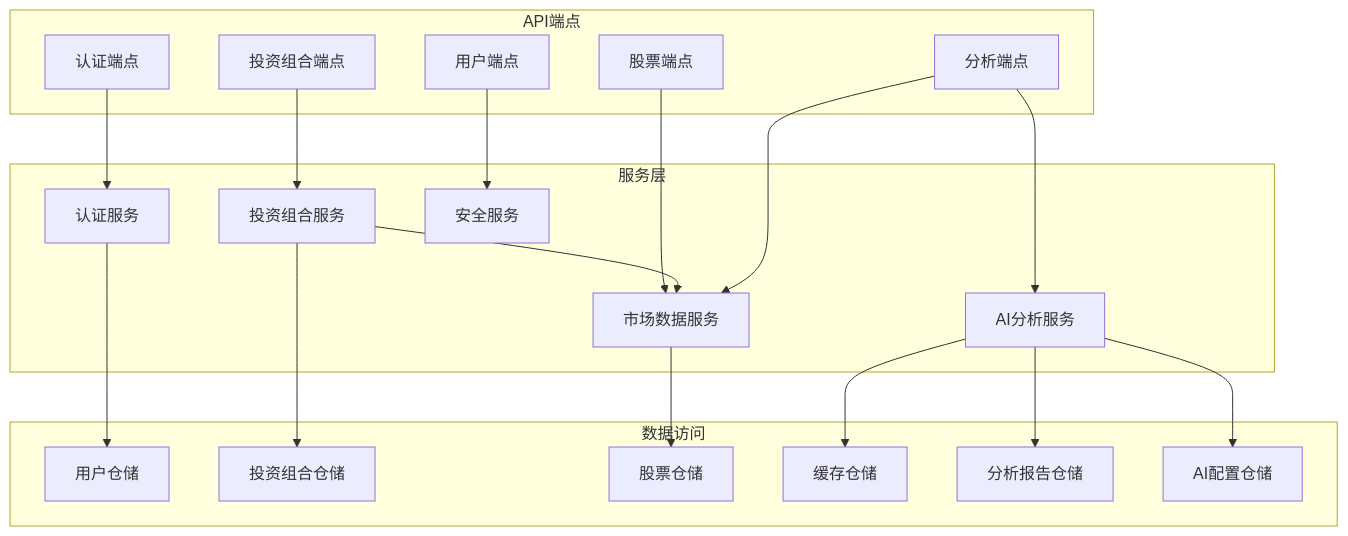
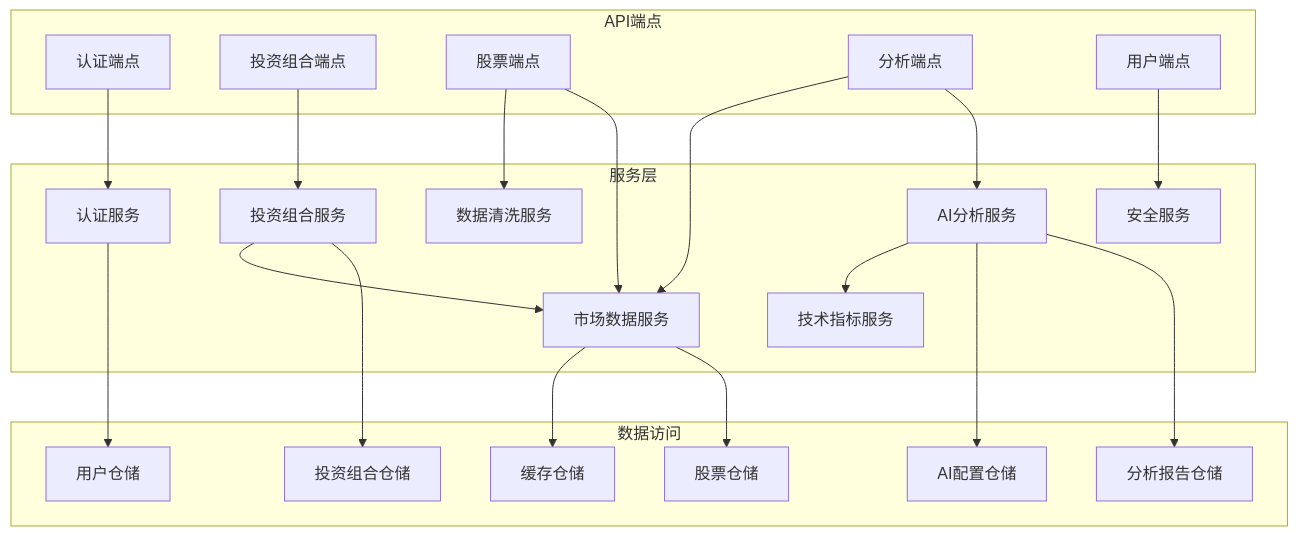
The eighth of 8 diagrams in .qoder/repowiki/zh/content/后端开发指南/API开发规范/V1 API端点架构.md (breeze-lyf/ai-stock-advisor), drawn with Mermaid before and after one commit. The commit also changed other lines of this file and 10 other files, not shown here.

````diff
--- a/.qoder/repowiki/zh/content/后端开发指南/API开发规范/V1 API端点架构.md
+++ b/.qoder/repowiki/zh/content/后端开发指南/API开发规范/V1 API端点架构.md
@@ -465,38 +489,42 @@
 ```mermaid
 graph TB
 subgraph "API端点"
 AuthEndpoint[认证端点]
 PortfolioEndpoint[投资组合端点]
 StockEndpoint[股票端点]
 AnalysisEndpoint[分析端点]
 UserEndpoint[用户端点]
 end
 subgraph "服务层"
 AuthService[认证服务]
 PortfolioService[投资组合服务]
 MarketDataService[市场数据服务]
 AIService[AI分析服务]
 SecurityService[安全服务]
+IndicatorsService[技术指标服务]
+SanitizationService[数据清洗服务]
 end
 subgraph "数据访问"
 UserRepository[用户仓储]
 PortfolioRepository[投资组合仓储]
 StockRepository[股票仓储]
 CacheRepository[缓存仓储]
 AnalysisRepository[分析报告仓储]
 AIConfigRepository[AI配置仓储]
 end
 AuthEndpoint --> AuthService
 PortfolioEndpoint --> PortfolioService
 StockEndpoint --> MarketDataService
+StockEndpoint --> SanitizationService
 AnalysisEndpoint --> AIService
 UserEndpoint --> SecurityService
 AuthService --> UserRepository
 PortfolioService --> PortfolioRepository
 MarketDataService --> StockRepository
-AIService --> CacheRepository
+MarketDataService --> CacheRepository
 AIService --> AnalysisRepository
 AIService --> AIConfigRepository
+AIService --> IndicatorsService
 PortfolioService --> MarketDataService
 AnalysisEndpoint --> MarketDataService
 ```
````
